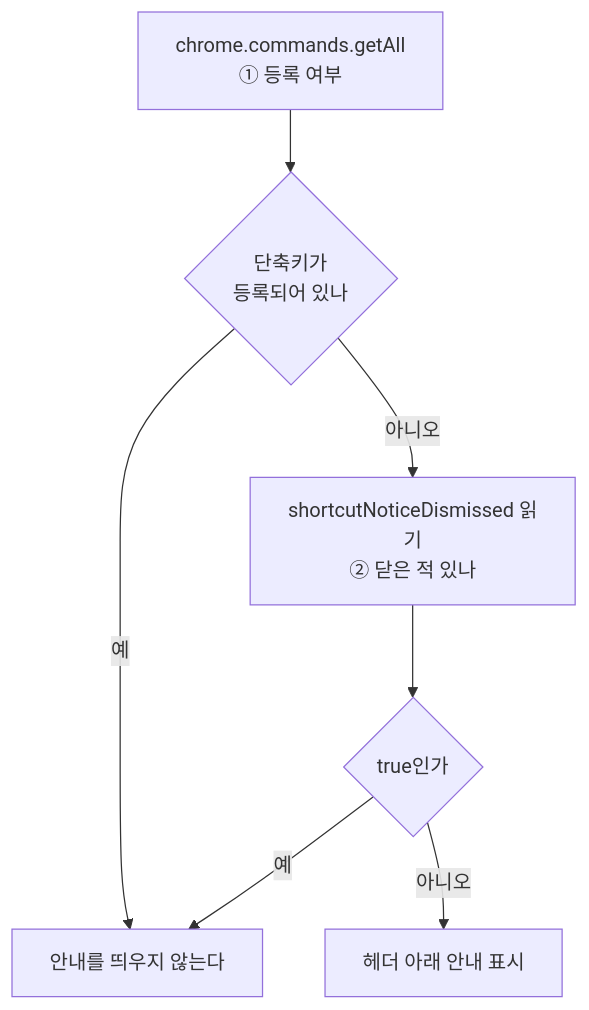
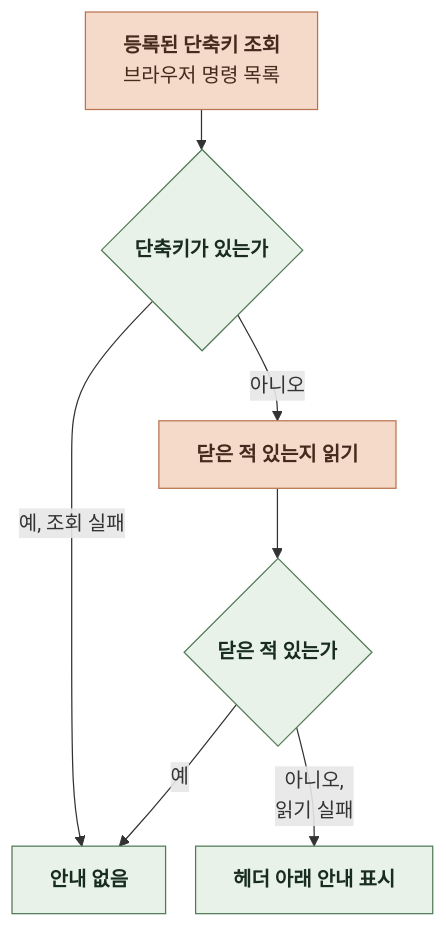
One commit to kangkyunghyun/LinKHU changed the fourth of 7 diagrams in docs/spec/6-1-INTERACTION.md. Above: the diagram before and after it, drawn with Mermaid. The commit also changed other lines of this file and 42 other files, not shown here.

````diff
--- a/docs/spec/6-1-INTERACTION.md
+++ b/docs/spec/6-1-INTERACTION.md
@@ -111,9 +169,16 @@
 ```mermaid
+%%{init: {"flowchart": {"curve": "basis", "nodeSpacing": 24, "rankSpacing": 32}}}%%
 flowchart TD
-    A["chrome.commands.getAll<br>① 등록 여부"] --> B{"단축키가<br>등록되어 있나"}
-    B -- "예" --> X["안내를 띄우지 않는다"]
-    B -- "아니오" --> C["shortcutNoticeDismissed 읽기<br>② 닫은 적 있나"]
-    C --> D{"true인가"}
-    D -- "예" --> X
-    D -- "아니오" --> E["헤더 아래 안내 표시"]
+    A["`**등록된 단축키 조회**
+브라우저 명령 목록`"] --> B{"`**단축키가 있는가**`"}
+    B -->|"`예, 조회 실패`"| X["`**안내 없음**`"]
+    B -->|아니오| C["`**닫은 적 있는지 읽기**`"]
+    C --> D{"`**닫은 적 있는가**`"}
+    D -->|예| X
+    D -->|"`아니오,
+읽기 실패`"| E["`**헤더 아래 안내 표시**`"]
+    classDef comp fill:#E8F2E8,stroke:#527A59,color:#182D1D
+    classDef store fill:#F5D9C9,stroke:#B97450,color:#452B1D
+    class B,D,X,E comp
+    class A,C store
 ```
````
